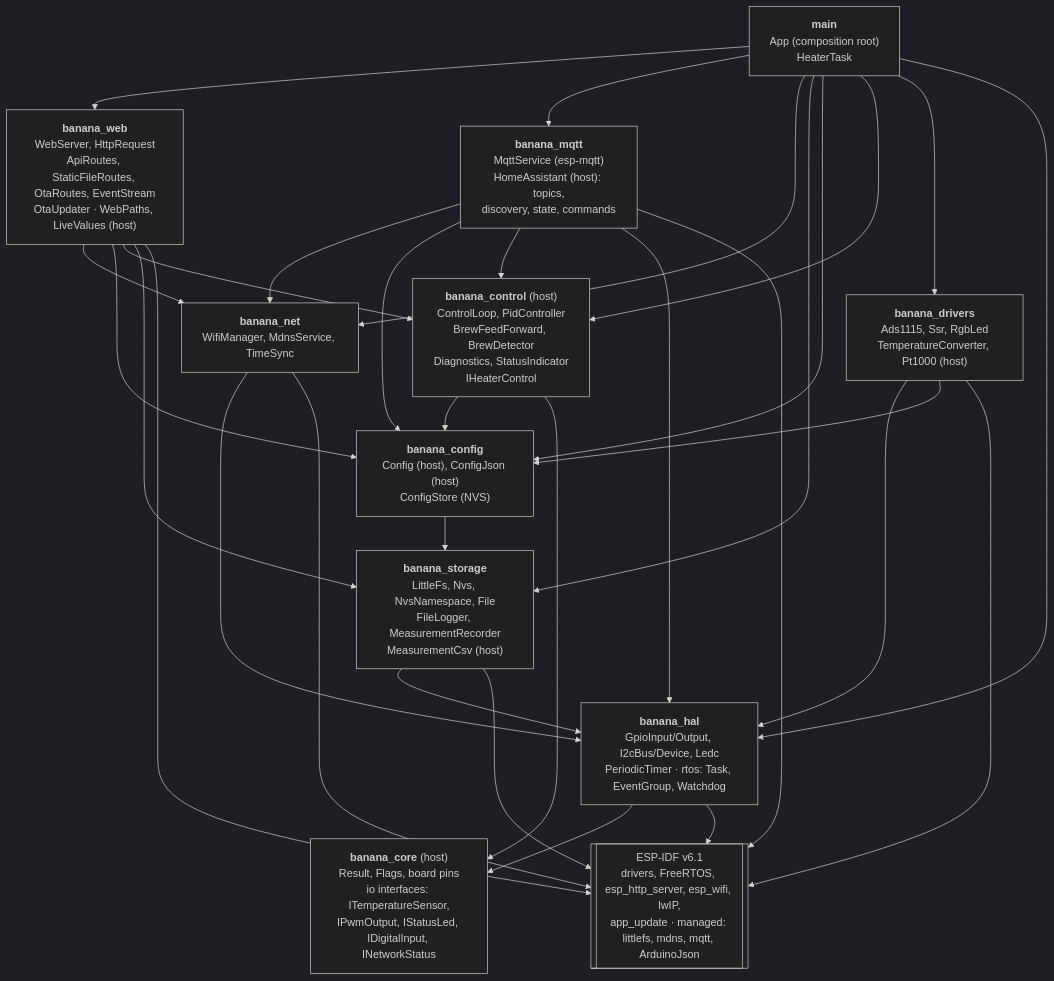
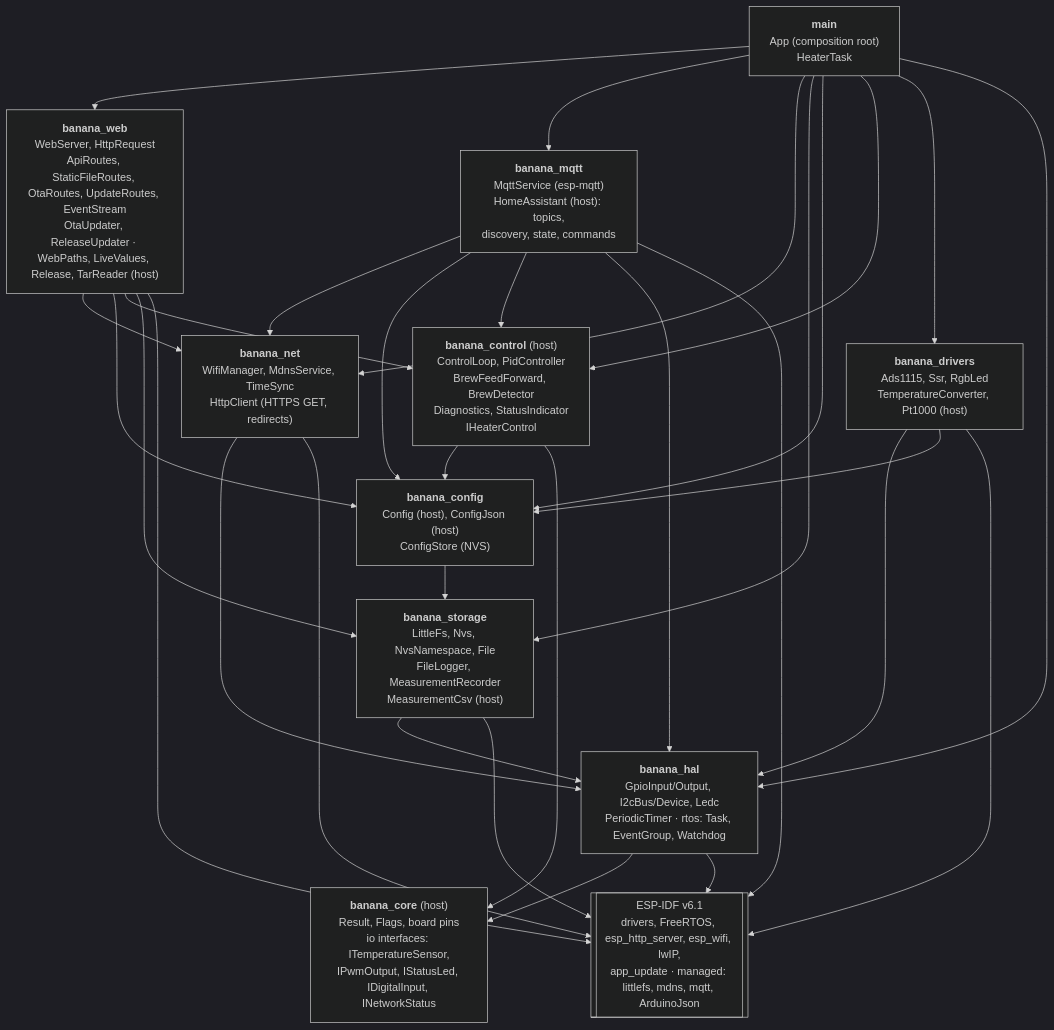
Before and after one commit to sebgad/bananactrl: the first of 2 diagrams in docs/ARCHITECTURE.md, drawn with Mermaid (dark theme). The commit also changed other lines of this file and 28 other files, not shown here.

````diff
--- a/docs/ARCHITECTURE.md
+++ b/docs/ARCHITECTURE.md
@@ -8,26 +8,26 @@
 ```mermaid
 flowchart TD
     main["<b>main</b><br/>App (composition root)<br/>HeaterTask"]
 
-    web["<b>banana_web</b><br/>WebServer, HttpRequest<br/>ApiRoutes, StaticFileRoutes, OtaRoutes, EventStream<br/>OtaUpdater · WebPaths, LiveValues (host)"]
-    net["<b>banana_net</b><br/>WifiManager, MdnsService, TimeSync"]
+    web["<b>banana_web</b><br/>WebServer, HttpRequest<br/>ApiRoutes, StaticFileRoutes, OtaRoutes, UpdateRoutes, EventStream<br/>OtaUpdater, ReleaseUpdater · WebPaths, LiveValues, Release, TarReader (host)"]
+    net["<b>banana_net</b><br/>WifiManager, MdnsService, TimeSync<br/>HttpClient (HTTPS GET, redirects)"]
     mqtt["<b>banana_mqtt</b><br/>MqttService (esp-mqtt)<br/>HomeAssistant (host): topics,<br/>discovery, state, commands"]
     storage["<b>banana_storage</b><br/>LittleFs, Nvs, NvsNamespace, File<br/>FileLogger, MeasurementRecorder<br/>MeasurementCsv (host)"]
     config["<b>banana_config</b><br/>Config (host), ConfigJson (host)<br/>ConfigStore (NVS)"]
     control["<b>banana_control</b> (host)<br/>ControlLoop, PidController<br/>BrewFeedForward, BrewDetector<br/>Diagnostics, StatusIndicator<br/>IHeaterControl"]
     drivers["<b>banana_drivers</b><br/>Ads1115, Ssr, RgbLed<br/>TemperatureConverter, Pt1000 (host)"]
     hal["<b>banana_hal</b><br/>GpioInput/Output, I2cBus/Device, Ledc<br/>PeriodicTimer · rtos: Task, EventGroup, Watchdog"]
     core["<b>banana_core</b> (host)<br/>Result, Flags, board pins<br/>io interfaces: ITemperatureSensor,<br/>IPwmOutput, IStatusLed, IDigitalInput, INetworkStatus"]
     idf[["ESP-IDF v6.1<br/>drivers, FreeRTOS, esp_http_server, esp_wifi, lwIP,<br/>app_update · managed: littlefs, mdns, mqtt, ArduinoJson"]]
 
     main --> web & mqtt & net & storage & config & control & drivers & hal
     mqtt --> net & config & control & hal
     web --> net & config & control & storage
     net --> hal
     storage --> hal
     config --> storage
     control --> config & core
     drivers --> hal & config
     hal --> core
     web & mqtt & net & storage & drivers & hal --> idf
 ```
````
